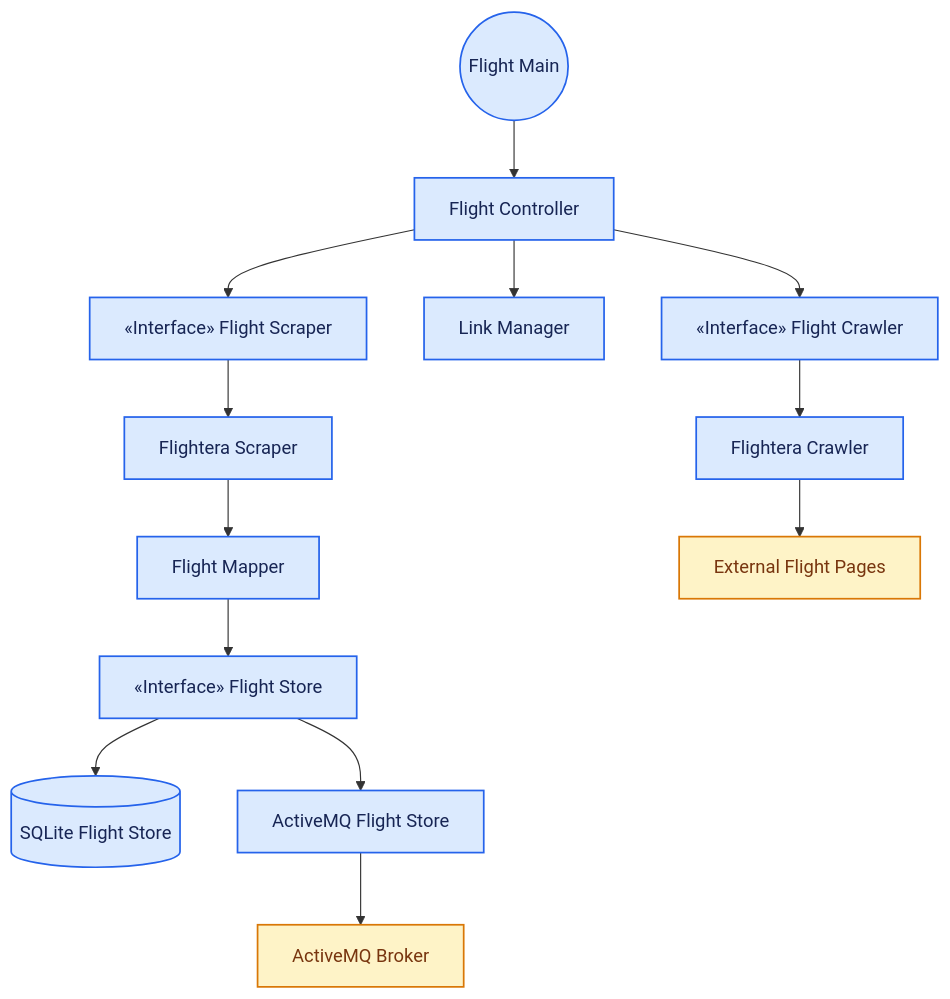
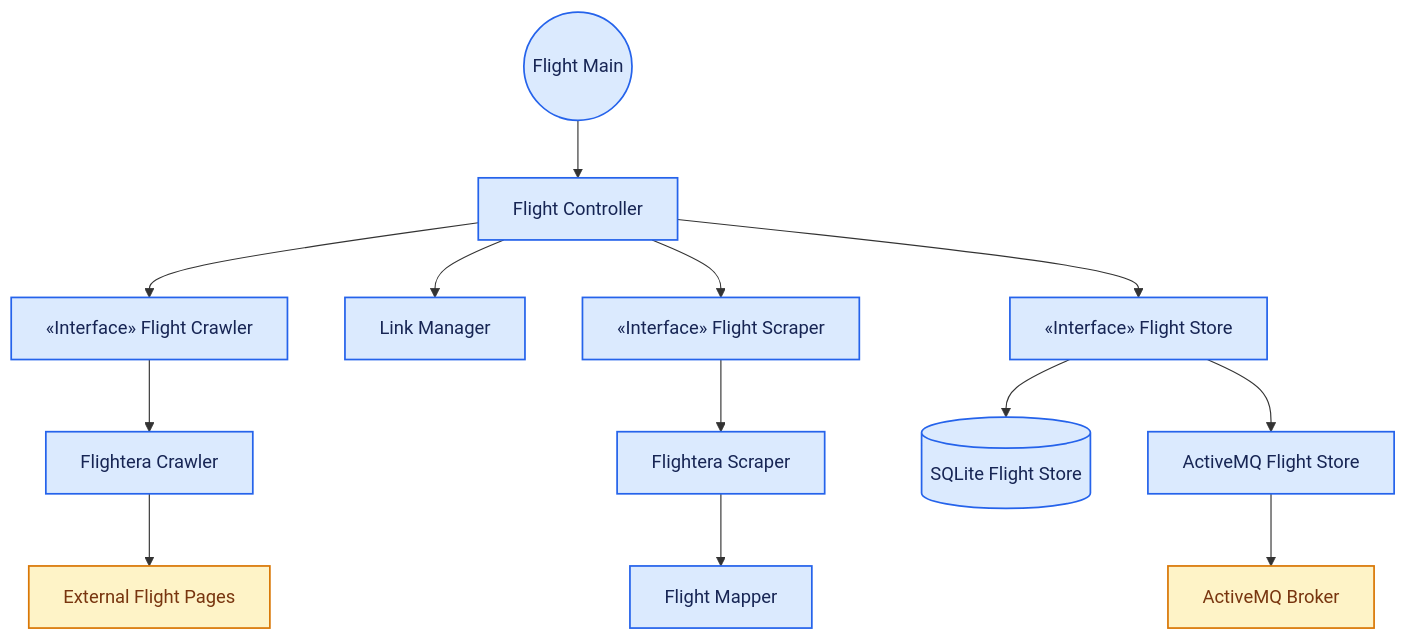
Before and after one commit to NoVibesJustCode/sky-delay-forecast: the third of 5 diagrams in README.md, drawn with Mermaid. The commit also changed other lines of this file, not shown here.

Commit message:
docs: update FlightStatus Feeder diagram

````diff
--- a/README.md
+++ b/README.md
@@ -355,43 +317,48 @@
 ```mermaid
 flowchart TD
   node_flight_main(("Flight Main")):::toneBlue
   node_flight_controller["Flight Controller"]:::toneBlue
   node_flight_crawler_interface["«Interface» Flight Crawler"]:::toneBlue
   node_flightera_crawler["Flightera Crawler"]:::toneBlue
   node_link_manager["Link Manager"]:::toneBlue
   node_flight_scraper_interface["«Interface» Flight Scraper"]:::toneBlue
   node_flightera_scraper["Flightera Scraper"]:::toneBlue
   node_flight_mapper["Flight Mapper"]:::toneBlue
   node_flight_store_interface["«Interface» Flight Store"]:::toneBlue
   node_flight_sqlite[("SQLite Flight Store")]:::toneBlue
   node_flight_amq["ActiveMQ Flight Store"]:::toneBlue
   node_flight_site["External Flight Pages"]:::toneAmber
   node_amq["ActiveMQ Broker"]:::toneAmber
 
   node_flight_main --> node_flight_controller
+  
+  %% Controller orchestrating all components
   node_flight_controller --> node_flight_crawler_interface
   node_flight_controller --> node_link_manager
+  node_flight_controller --> node_flight_scraper_interface
+  node_flight_controller --> node_flight_store_interface
+  
   node_flight_crawler_interface --> node_flightera_crawler
   node_flightera_crawler --> node_flight_site
-  node_flight_controller --> node_flight_scraper_interface
+  
   node_flight_scraper_interface --> node_flightera_scraper
   node_flightera_scraper --> node_flight_mapper
-  node_flight_mapper --> node_flight_store_interface
+  
   node_flight_store_interface --> node_flight_sqlite
   node_flight_store_interface --> node_flight_amq
   node_flight_amq --> node_amq
 
   click node_flight_main "https://github.com/novibesjustcode/sky-delay-forecast/blob/dev/flight-status-feeder/src/main/java/es/ulpgc/dacd/skydelay/flights/Main.java"
   click node_flight_controller "https://github.com/novibesjustcode/sky-delay-forecast/blob/dev/flight-status-feeder/src/main/java/es/ulpgc/dacd/skydelay/flights/control/Controller.java"
   click node_flight_crawler_interface "https://github.com/novibesjustcode/sky-delay-forecast/blob/dev/flight-status-feeder/src/main/java/es/ulpgc/dacd/skydelay/flights/control/FlightCrawler.java"
   click node_flightera_crawler "https://github.com/novibesjustcode/sky-delay-forecast/blob/dev/flight-status-feeder/src/main/java/es/ulpgc/dacd/skydelay/flights/control/FlighteraCrawler.java"
   click node_link_manager "https://github.com/novibesjustcode/sky-delay-forecast/blob/dev/flight-status-feeder/src/main/java/es/ulpgc/dacd/skydelay/flights/control/LinkManager.java"
   click node_flight_scraper_interface "https://github.com/novibesjustcode/sky-delay-forecast/blob/dev/flight-status-feeder/src/main/java/es/ulpgc/dacd/skydelay/flights/control/FlightScraper.java"
   click node_flightera_scraper "https://github.com/novibesjustcode/sky-delay-forecast/blob/dev/flight-status-feeder/src/main/java/es/ulpgc/dacd/skydelay/flights/control/FlighteraScraper.java"
   click node_flight_mapper "https://github.com/novibesjustcode/sky-delay-forecast/blob/dev/flight-status-feeder/src/main/java/es/ulpgc/dacd/skydelay/flights/control/FlightMapper.java"
   click node_flight_sqlite "https://github.com/novibesjustcode/sky-delay-forecast/blob/dev/flight-status-feeder/src/main/java/es/ulpgc/dacd/skydelay/flights/control/SqliteFlightStore.java"
   click node_flight_amq "https://github.com/novibesjustcode/sky-delay-forecast/blob/dev/flight-status-feeder/src/main/java/es/ulpgc/dacd/skydelay/flights/control/ActiveMqFlightStore.java"
 
   classDef toneBlue fill:#dbeafe,stroke:#2563eb,stroke-width:1.5px,color:#172554
   classDef toneAmber fill:#fef3c7,stroke:#d97706,stroke-width:1.5px,color:#78350f
 ```
````
